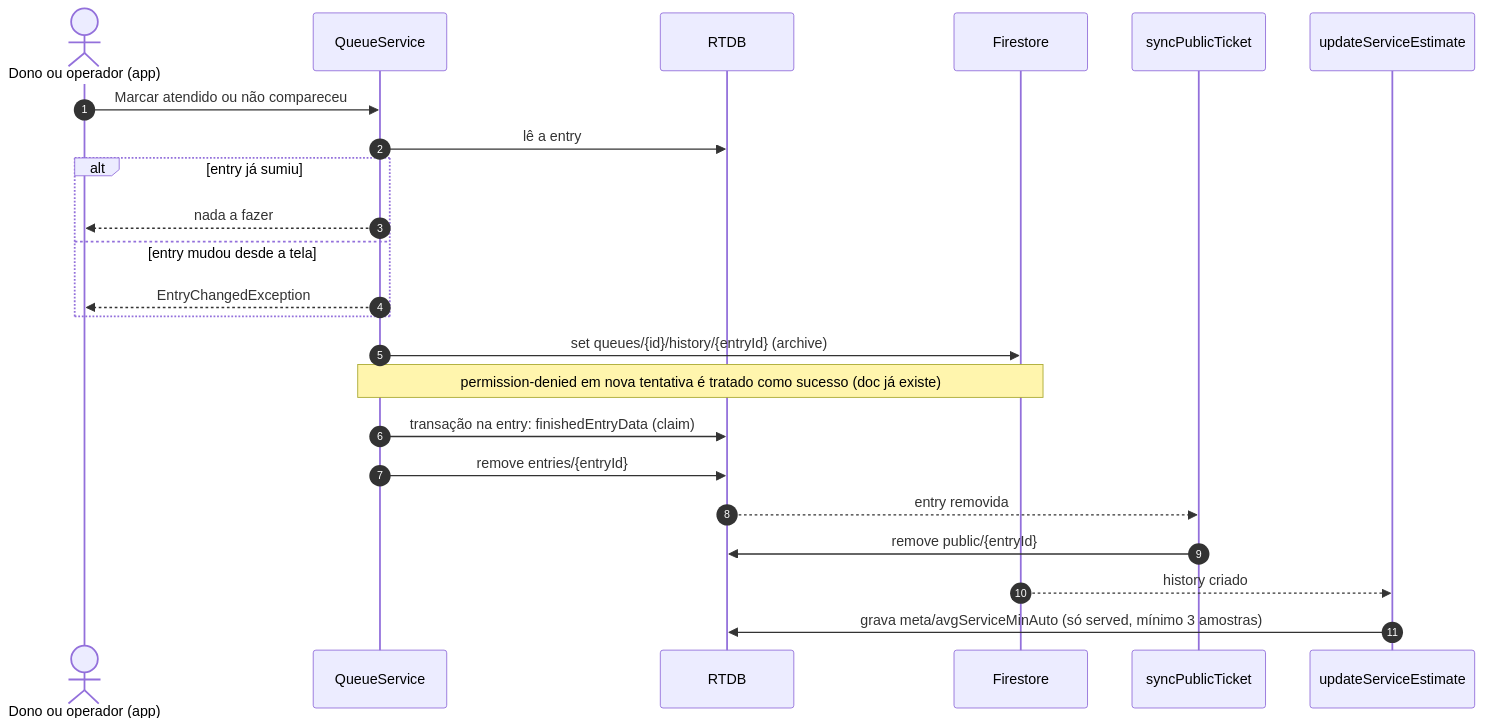
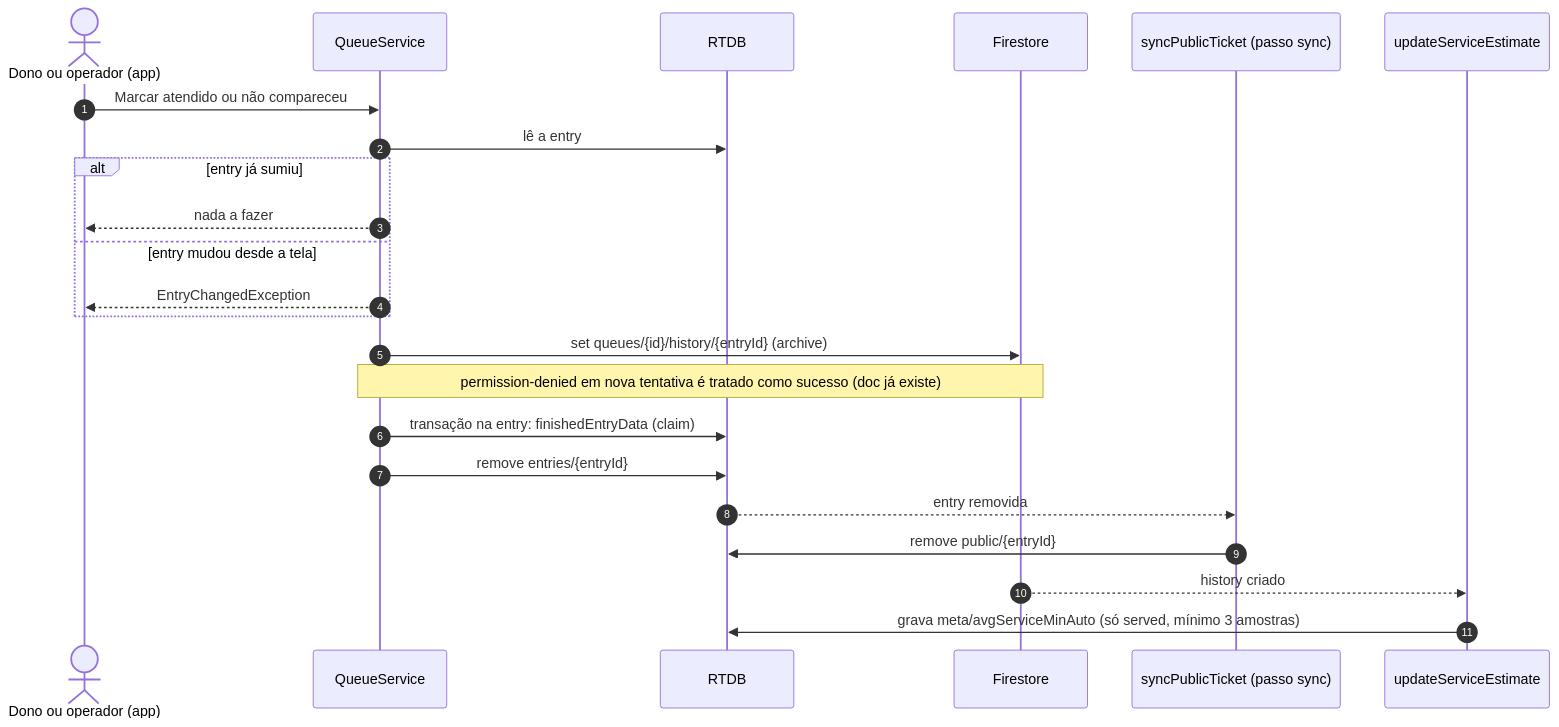
One commit to felipeselau/qio changed the fourth of 5 diagrams in docs/arquitetura/diagramas.md. Above: the diagram before and after it, drawn with Mermaid. The commit also changed other lines of this file and 12 other files, not shown here.

````diff
--- a/docs/arquitetura/diagramas.md
+++ b/docs/arquitetura/diagramas.md
@@ -149,26 +149,26 @@
 ```mermaid
 sequenceDiagram
   autonumber
   actor O as Dono ou operador (app)
   participant Q as QueueService
   participant R as RTDB
   participant F as Firestore
-  participant T1 as syncPublicTicket
+  participant T1 as syncPublicTicket (passo sync)
   participant T4 as updateServiceEstimate
 
   O->>Q: Marcar atendido ou não compareceu
   Q->>R: lê a entry
   alt entry já sumiu
     Q-->>O: nada a fazer
   else entry mudou desde a tela
     Q-->>O: EntryChangedException
   end
   Q->>F: set queues/{id}/history/{entryId} (archive)
   Note over Q,F: permission-denied em nova tentativa é tratado como sucesso (doc já existe)
   Q->>R: transação na entry: finishedEntryData (claim)
   Q->>R: remove entries/{entryId}
   R-->>T1: entry removida
   T1->>R: remove public/{entryId}
   F-->>T4: history criado
   T4->>R: grava meta/avgServiceMinAuto (só served, mínimo 3 amostras)
 ```
````
